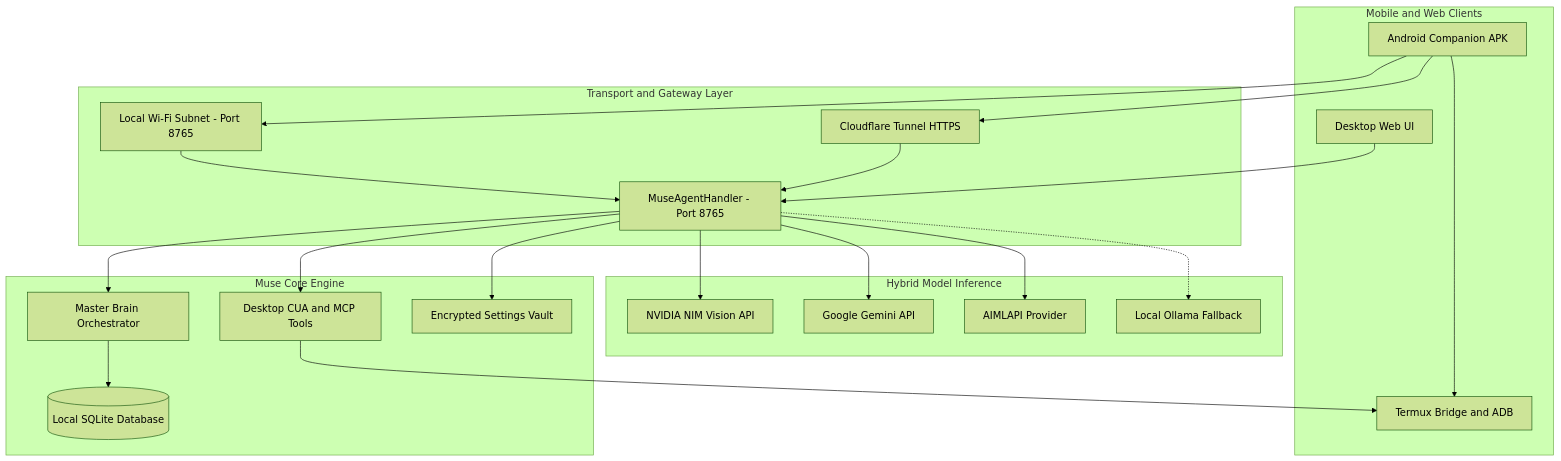
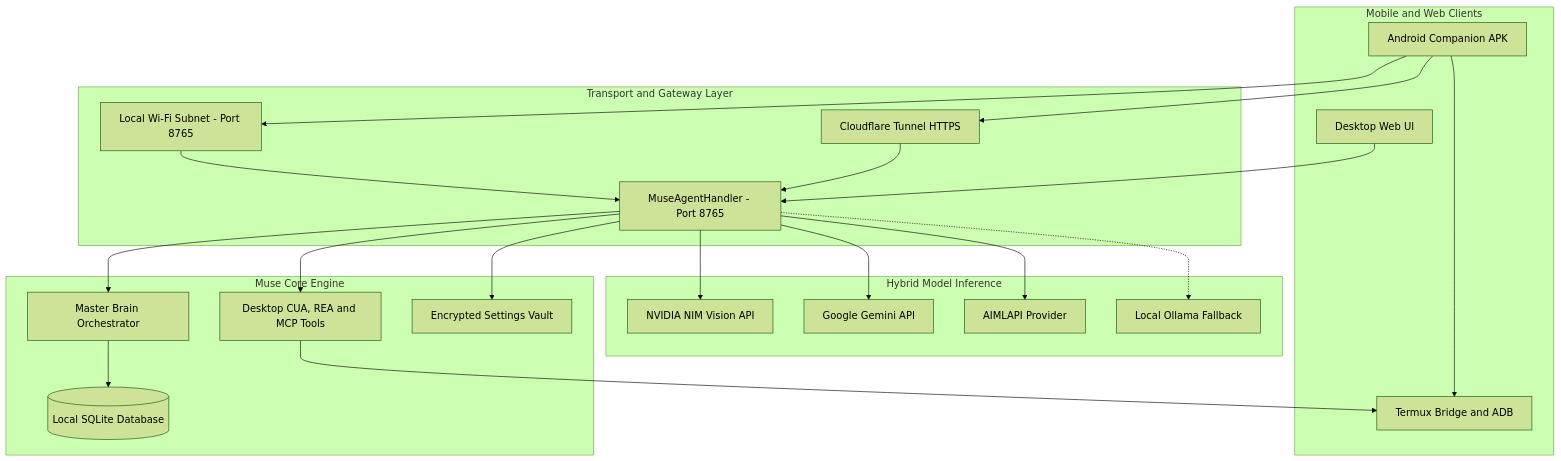
One commit to raghavkhandal72-coder/muse-agent changed the diagram in README.md. Above: the diagram before and after it, drawn with Mermaid (forest theme). The commit also changed other lines of this file and 3 other files, not shown here.

Commit message:
feat(rea): integrate 200k-star REA skill ecosystem, CUA skill, release workflow, and flagship layout

````diff
--- a/README.md
+++ b/README.md
@@ -94,44 +103,44 @@
 ```mermaid
 flowchart TD
     subgraph MobileClients [Mobile and Web Clients]
         APK[Android Companion APK]
         WebUI[Desktop Web UI]
         Termux[Termux Bridge and ADB]
     end
 
     subgraph GatewayLayer [Transport and Gateway Layer]
         LAN[Local Wi-Fi Subnet - Port 8765]
         CF[Cloudflare Tunnel HTTPS]
         Server[MuseAgentHandler - Port 8765]
     end
 
     subgraph CoreEngine [Muse Core Engine]
         Brain[Master Brain Orchestrator]
-        Tools[Desktop CUA and MCP Tools]
+        Tools[Desktop CUA, REA and MCP Tools]
         Vault[Encrypted Settings Vault]
         SQLite[(Local SQLite Database)]
     end
 
     subgraph InferenceProviders [Hybrid Model Inference]
         NIM[NVIDIA NIM Vision API]
         Gemini[Google Gemini API]
         AIML[AIMLAPI Provider]
         Ollama[Local Ollama Fallback]
     end
 
     APK --> LAN
     APK --> CF
     APK --> Termux
     WebUI --> Server
     LAN --> Server
     CF --> Server
     Server --> Brain
     Server --> Tools
     Server --> Vault
     Brain --> SQLite
     Tools --> Termux
     Server --> NIM
     Server --> Gemini
     Server --> AIML
     Server -.-> Ollama
 ```
````
